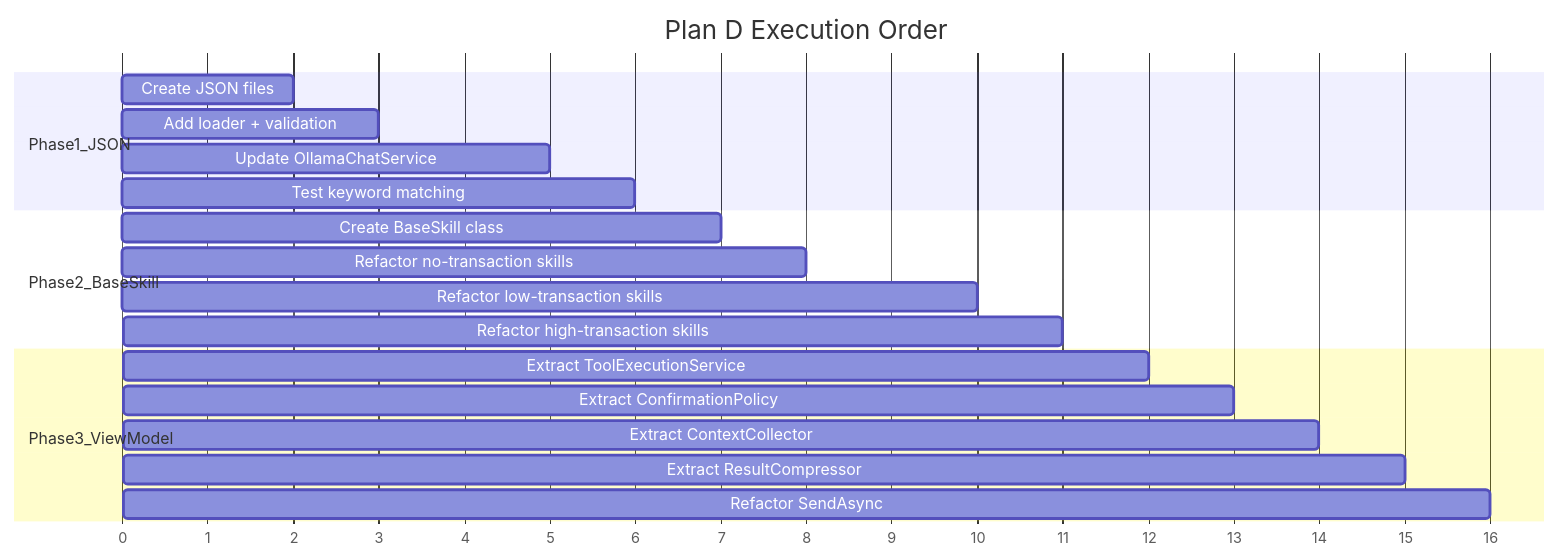
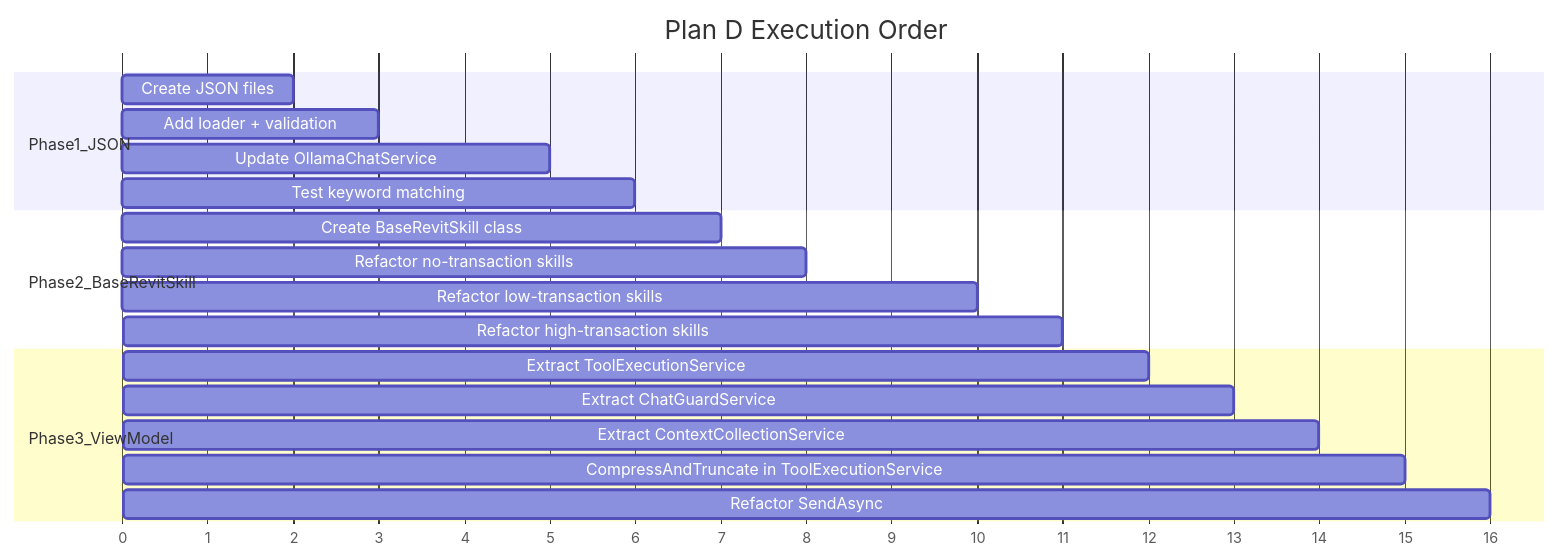
One commit to HuyDamDCMvn/RevitCode_Reseaching changed the fifth of 7 diagrams in docs/code-optimization-proposals.md. Above: the diagram before and after it, drawn with Mermaid. The commit also changed other lines of this file and 40 other files, not shown here.

````diff
--- a/docs/code-optimization-proposals.md
+++ b/docs/code-optimization-proposals.md
@@ -578,25 +545,25 @@
 ```mermaid
 gantt
     title Plan D Execution Order
     dateFormat X
     axisFormat %s
 
     section Phase1_JSON
     Create JSON files            :a1, 0, 2
     Add loader + validation      :a2, 2, 3
     Update OllamaChatService     :a3, 3, 5
     Test keyword matching        :a4, 5, 6
 
-    section Phase2_BaseSkill
-    Create BaseSkill class       :b1, 6, 7
+    section Phase2_BaseRevitSkill
+    Create BaseRevitSkill class  :b1, 6, 7
     Refactor no-transaction skills :b2, 7, 8
     Refactor low-transaction skills :b3, 8, 10
     Refactor high-transaction skills :b4, 10, 11
 
     section Phase3_ViewModel
     Extract ToolExecutionService :c1, 11, 12
-    Extract ConfirmationPolicy   :c2, 12, 13
-    Extract ContextCollector     :c3, 13, 14
-    Extract ResultCompressor     :c4, 14, 15
+    Extract ChatGuardService     :c2, 12, 13
+    Extract ContextCollectionService :c3, 13, 14
+    CompressAndTruncate in ToolExecutionService :c4, 14, 15
     Refactor SendAsync           :c5, 15, 16
 ```
````
